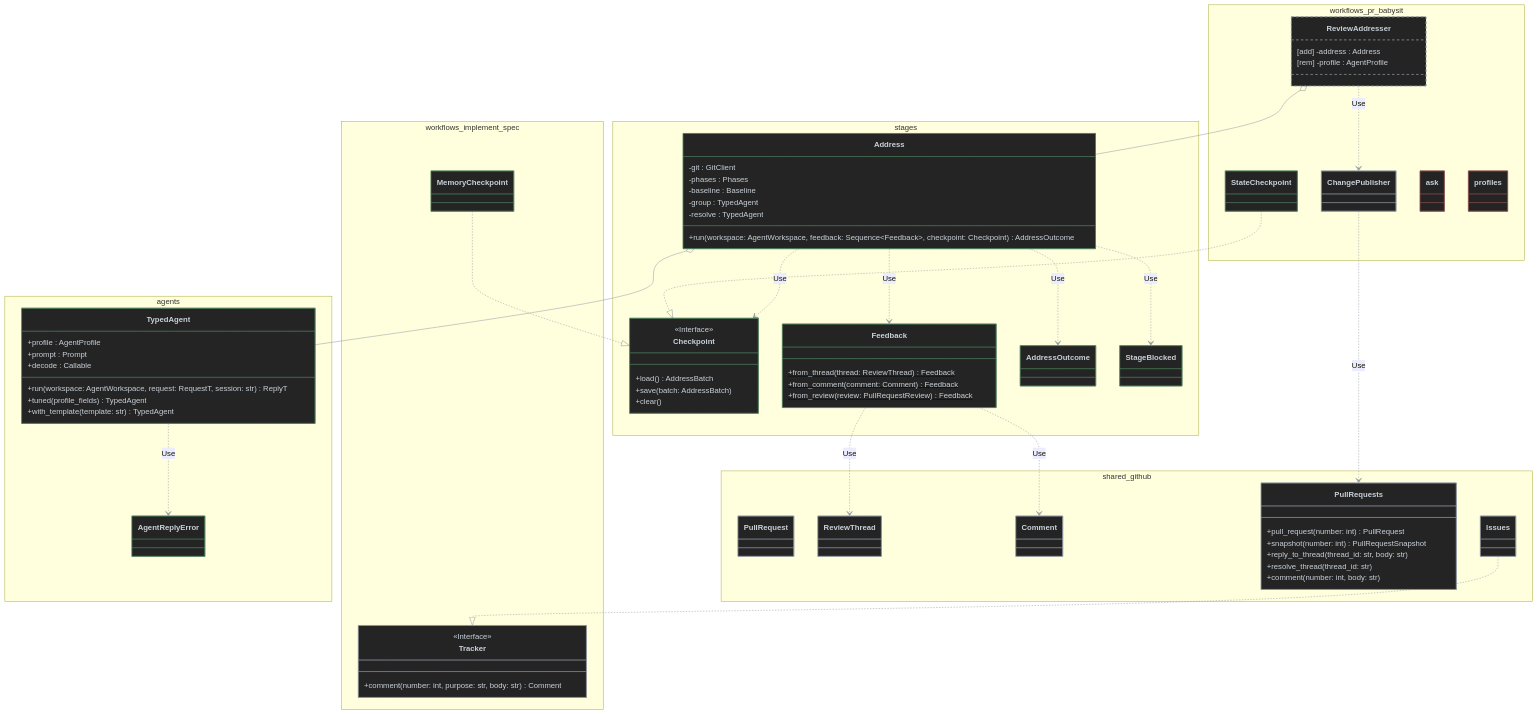
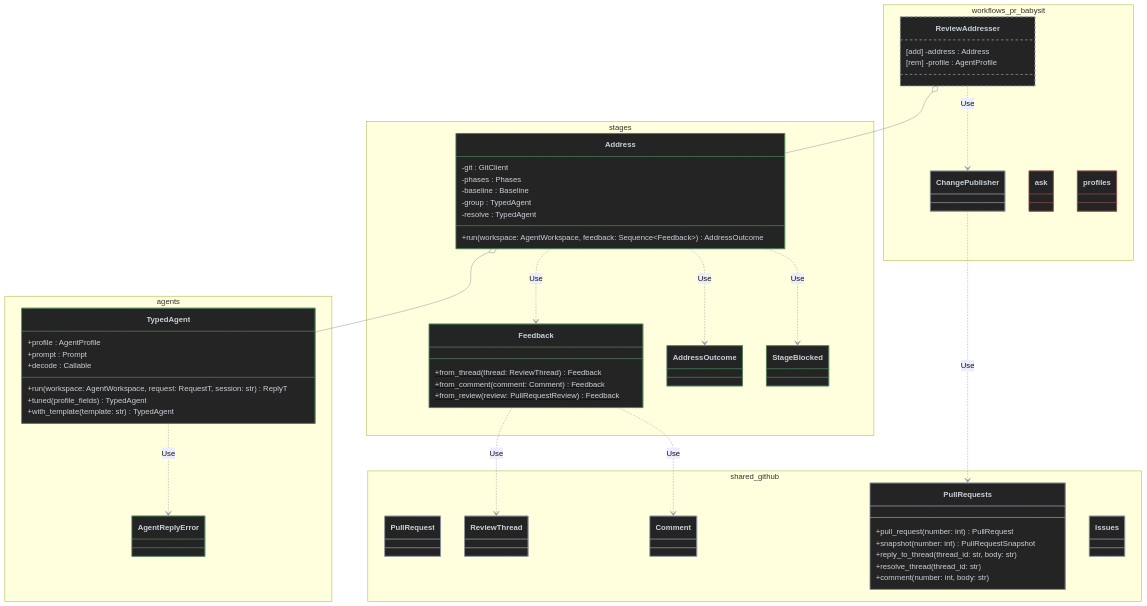
Before and after one commit to antshc/loop: the fifth of 5 diagrams in docs/design/cross-workflow-reusable-agents.md, drawn with Mermaid. The commit also changed other lines of this file, not shown here.

```diff
--- a/docs/design/cross-workflow-reusable-agents.md
+++ b/docs/design/cross-workflow-reusable-agents.md
@@ -919,13 +910,7 @@
             -baseline : Baseline
             -group : TypedAgent
             -resolve : TypedAgent
-            +run(workspace: AgentWorkspace, feedback: Sequence~Feedback~, checkpoint: Checkpoint) AddressOutcome
-        }
-        class Checkpoint {
-            <<Interface>>
-            +load() AddressBatch
-            +save(batch: AddressBatch)
-            +clear()
+            +run(workspace: AgentWorkspace, feedback: Sequence~Feedback~) AddressOutcome
         }
         class Feedback {
             +from_thread(thread: ReviewThread)$ Feedback
@@ -948,35 +933,23 @@
         }
         class Issues
     }
-    namespace workflows_implement_spec {
-        class Tracker {
-            <<Interface>>
-            +comment(number: int, purpose: str, body: str) Comment
-        }
-        class MemoryCheckpoint
-    }
     namespace workflows_pr_babysit {
         class ReviewAddresser {
             [add] -address : Address
             [rem] -profile : AgentProfile
         }
         class ChangePublisher
-        class StateCheckpoint
         class ask
         class profiles
     }
 
     Address o-- TypedAgent
-    Address ..> Checkpoint : Use
     Address ..> Feedback : Use
     Address ..> AddressOutcome : Use
     Address ..> StageBlocked : Use
     TypedAgent ..> AgentReplyError : Use
     Feedback ..> ReviewThread : Use
     Feedback ..> Comment : Use
-    MemoryCheckpoint ..|> Checkpoint
-    StateCheckpoint ..|> Checkpoint
-    Issues ..|> Tracker
     ReviewAddresser o-- Address
     ReviewAddresser ..> ChangePublisher : Use
     ChangePublisher ..> PullRequests : Use
@@ -984,12 +957,9 @@
     class TypedAgent:::added
     class AgentReplyError:::added
     class Address:::added
-    class Checkpoint:::added
     class Feedback:::added
     class AddressOutcome:::added
     class StageBlocked:::added
-    class MemoryCheckpoint:::added
-    class StateCheckpoint:::added
     class ask:::removed
     class profiles:::removed
     class ReviewAddresser:::memberChanged
```
